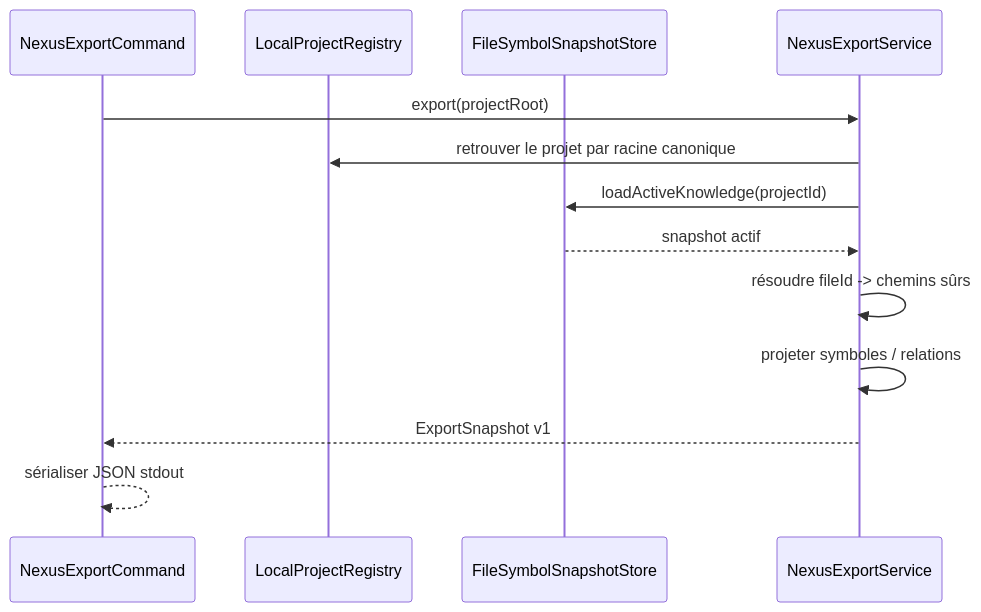
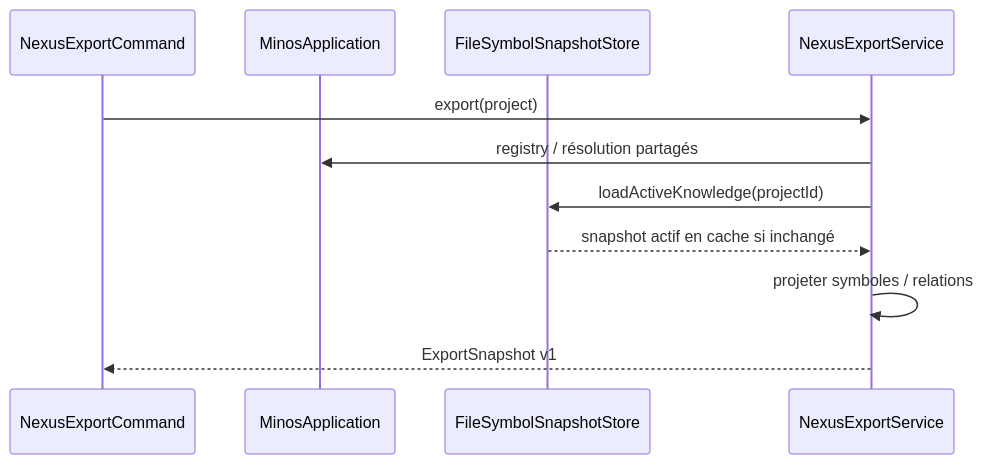
One commit to FTurleque/minos-code-intelligence changed the second of 2 diagrams in docs/developer/public-surfaces.md. Above: the diagram before and after it, drawn with Mermaid. The commit also changed other lines of this file, not shown here.

````diff
--- a/docs/developer/public-surfaces.md
+++ b/docs/developer/public-surfaces.md
@@ -174,16 +148,14 @@
 ```mermaid
 sequenceDiagram
     participant C as NexusExportCommand
-    participant R as LocalProjectRegistry
+    participant A as MinosApplication
     participant S as FileSymbolSnapshotStore
     participant E as NexusExportService
 
-    C->>E: export(projectRoot)
-    E->>R: retrouver le projet par racine canonique
+    C->>E: export(project)
+    E->>A: registry / résolution partagés
     E->>S: loadActiveKnowledge(projectId)
-    S-->>E: snapshot actif
-    E->>E: résoudre fileId -> chemins sûrs
+    S-->>E: snapshot actif en cache si inchangé
     E->>E: projeter symboles / relations
     E-->>C: ExportSnapshot v1
-    C-->>C: sérialiser JSON stdout
 ```
````
